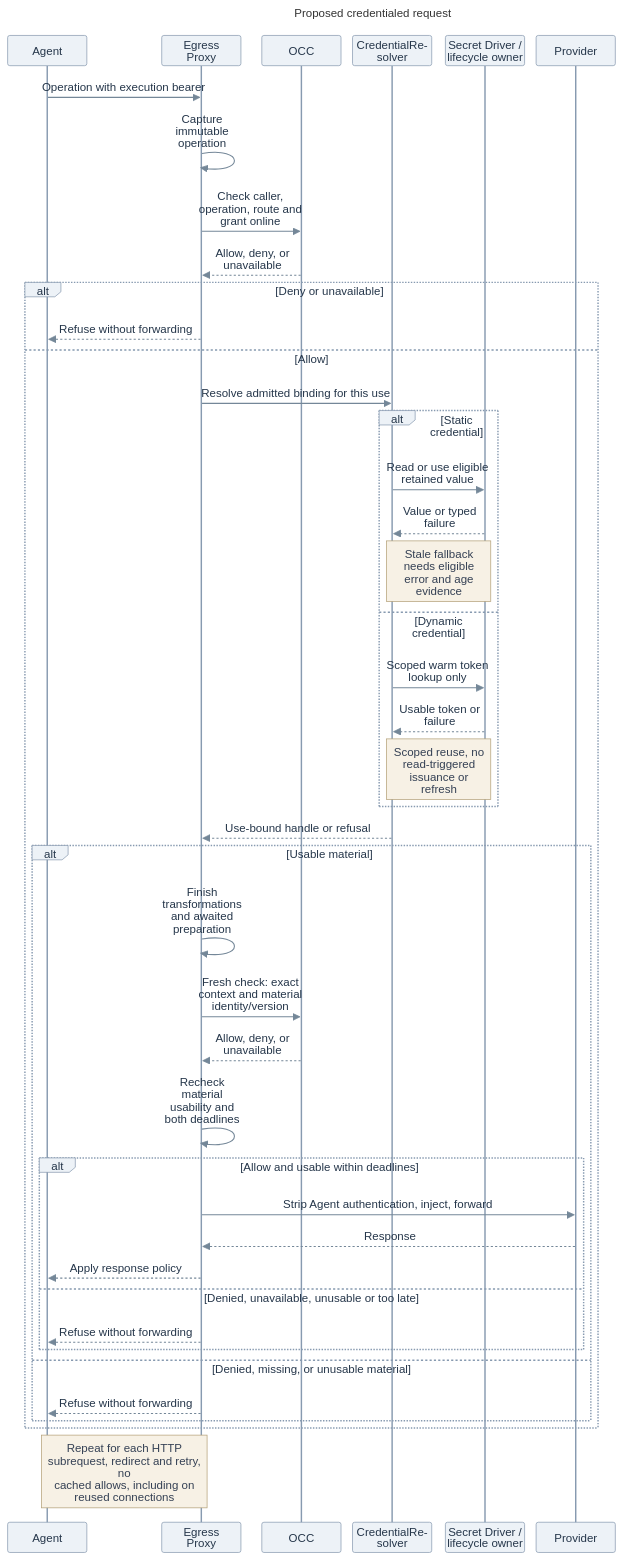
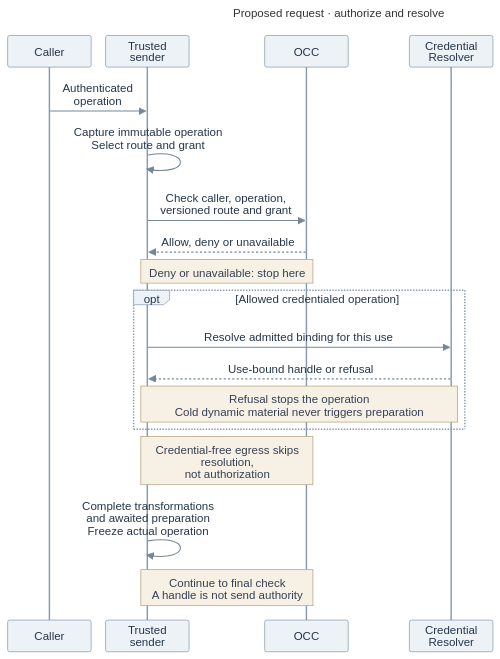
Before and after one commit to freeqaz-openai/openclaw-enterprise: the diagram in specs/rfcs/0019-egress-proxy-credential-lifecycle/assets/request-caching.mmd, drawn with Mermaid. The commit also changed 16 other files, not shown here.

Commit message:
docs(rfc): clarify egress architecture and security model

```diff
--- a/specs/rfcs/0019-egress-proxy-credential-lifecycle/assets/request-caching.mmd
+++ b/specs/rfcs/0019-egress-proxy-credential-lifecycle/assets/request-caching.mmd
@@ -1,69 +1,45 @@
 ---
-title: "Proposed credentialed request"
+title: "Proposed request · authorize and resolve"
 config:
   theme: base
   themeVariables:
     fontFamily: "Arial, sans-serif"
     fontSize: "16px"
     actorBkg: "#EDF2F7"
     actorBorder: "#879AB0"
     actorTextColor: "#25364A"
     noteBkgColor: "#F7F1E5"
     noteBorderColor: "#B3A078"
     noteTextColor: "#344054"
     signalColor: "#748798"
     signalTextColor: "#25364A"
   sequence:
     useMaxWidth: false
-    actorMargin: 16
-    width: 110
-    height: 42
+    actorMargin: 18
+    width: 116
+    height: 44
     diagramMarginX: 12
     diagramMarginY: 12
-    messageMargin: 17
+    messageMargin: 16
     noteMargin: 8
     mirrorActors: true
     wrap: true
 ---
 sequenceDiagram
-  participant A as Agent
-  participant G as Egress Proxy
+  participant A as Caller
+  participant S as Trusted sender
   participant C as OCC
-  participant R as CredentialResolver
-  participant S as Secret Driver /<br/>lifecycle owner
-  participant P as Provider
-  A->>G: Operation with execution bearer
-  G->>G: Capture immutable operation
-  G->>C: Check caller, operation, route and grant online
-  C-->>G: Allow, deny, or unavailable
-  alt Deny or unavailable
-    G-->>A: Refuse without forwarding
-  else Allow
-    G->>R: Resolve admitted binding for this use
-    alt Static credential
-      R->>S: Read or use eligible retained value
-      S-->>R: Value or typed failure
-      Note over R,S: Stale fallback needs eligible error and age evidence
-    else Dynamic credential
-      R->>S: Scoped warm token lookup only
-      S-->>R: Usable token or failure
-      Note over R,S: Scoped reuse, no read-triggered issuance or refresh
-    end
-    R-->>G: Use-bound handle or refusal
-    alt Usable material
-      G->>G: Finish transformations and awaited preparation
-      G->>C: Fresh check: exact context and material identity/version
-      C-->>G: Allow, deny, or unavailable
-      G->>G: Recheck material usability and both deadlines
-      alt Allow and usable within deadlines
-        G->>P: Strip Agent authentication, inject, forward
-        P-->>G: Response
-        G-->>A: Apply response policy
-      else Denied, unavailable, unusable or too late
-        G-->>A: Refuse without forwarding
-      end
-    else Denied, missing, or unusable material
-      G-->>A: Refuse without forwarding
-    end
+  participant R as Credential<br/>Resolver
+  A->>S: Authenticated operation
+  S->>S: Capture immutable operation<br/>Select route and grant
+  S->>C: Check caller, operation,<br/>versioned route and grant
+  C-->>S: Allow, deny or unavailable
+  Note over S,C: Deny or unavailable: stop here
+  opt Allowed credentialed operation
+    S->>R: Resolve admitted binding for this use
+    R-->>S: Use-bound handle or refusal
+    Note over S,R: Refusal stops the operation<br/>Cold dynamic material never triggers preparation
   end
-  Note over A,G: Repeat for each HTTP subrequest, redirect and retry,<br/>no cached allows, including on reused connections
+  Note over S,C: Credential-free egress skips resolution,<br/>not authorization
+  S->>S: Complete transformations<br/>and awaited preparation<br/>Freeze actual operation
+  Note over S,C: Continue to final check<br/>A handle is not send authority
```
